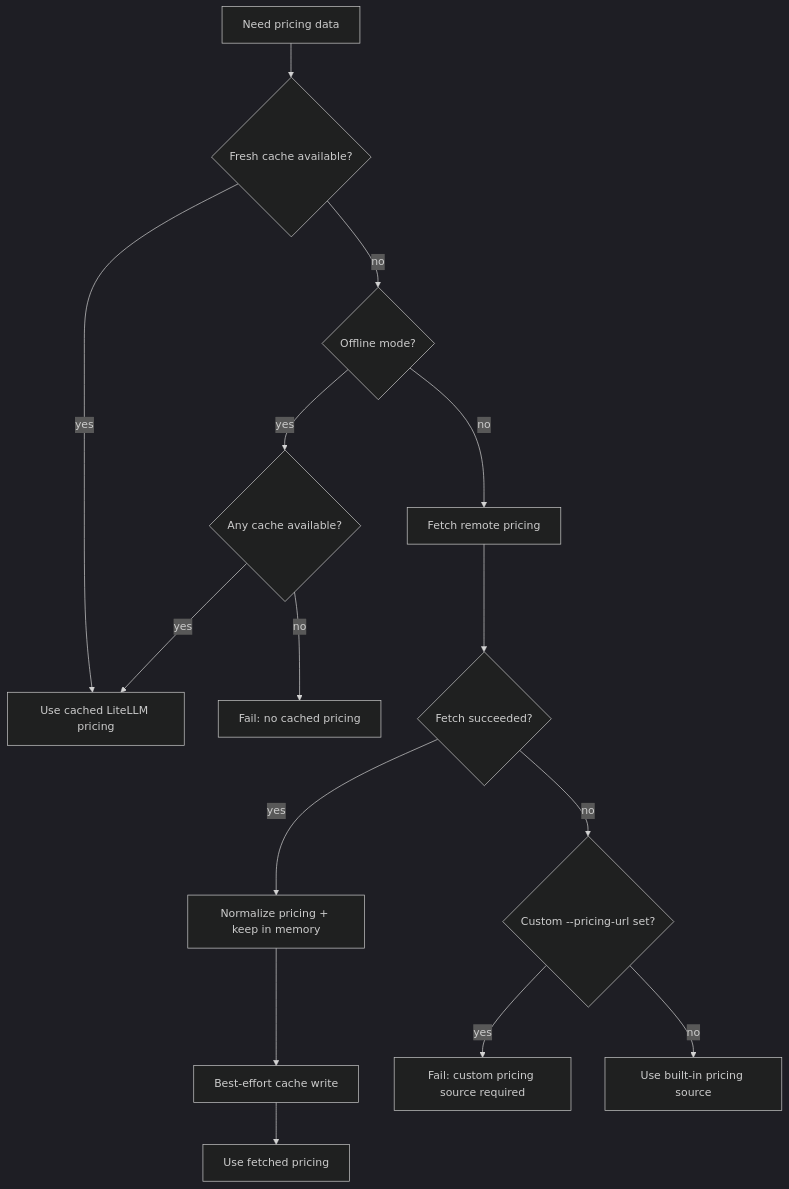
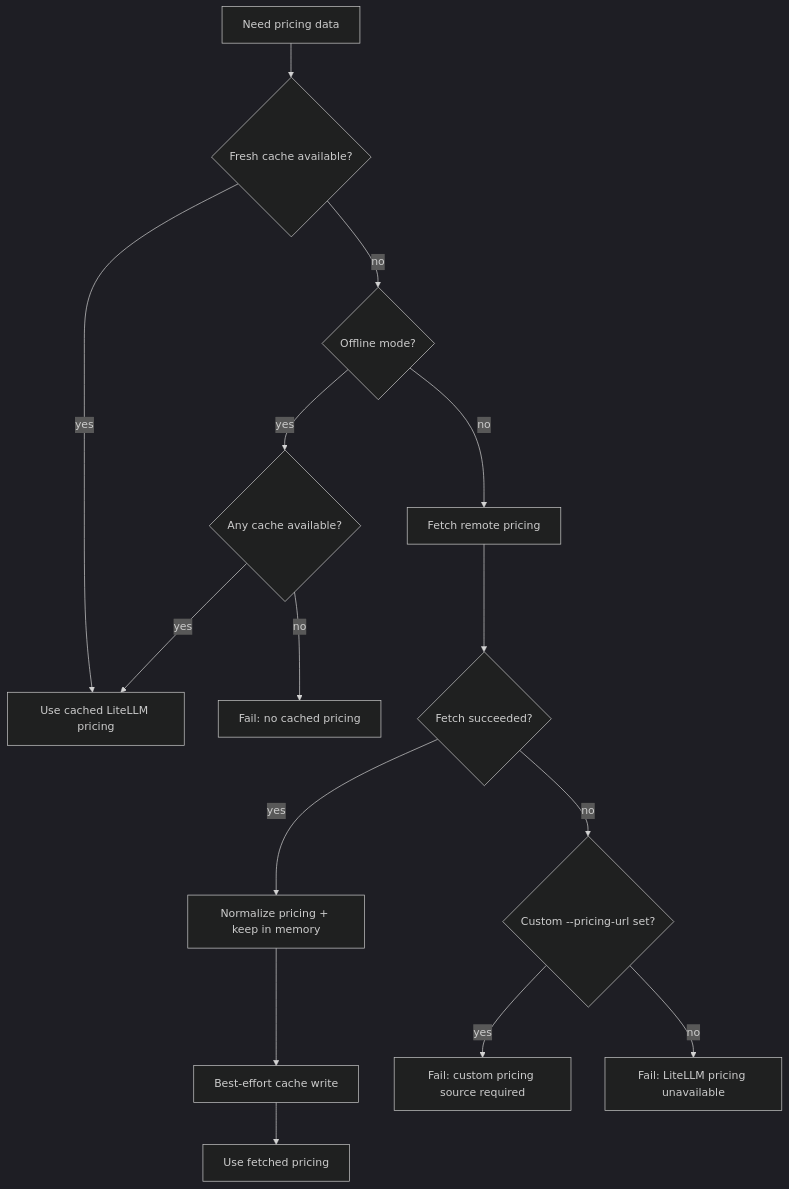
The diagram in docs/pricing-and-costs.md (ben-vargas/ai-llm-usage-metrics), drawn with Mermaid (dark theme) before and after one commit. The commit also changed other lines of this file and 28 other files, not shown here.

````diff
--- a/docs/pricing-and-costs.md
+++ b/docs/pricing-and-costs.md
@@ -14,17 +14,17 @@
 ```mermaid
 flowchart TD
     A[Need pricing data] --> B{Fresh cache available?}
     B -- yes --> C[Use cached LiteLLM pricing]
     B -- no --> D{Offline mode?}
     D -- yes --> E{Any cache available?}
     E -- yes --> C
     E -- no --> F[Fail: no cached pricing]
     D -- no --> G[Fetch remote pricing]
     G --> H{Fetch succeeded?}
     H -- yes --> I[Normalize pricing + keep in memory]
     I --> J[Best-effort cache write]
     J --> K[Use fetched pricing]
     H -- no --> L{Custom --pricing-url set?}
     L -- yes --> M[Fail: custom pricing source required]
-    L -- no --> N[Use built-in pricing source]
+    L -- no --> N[Fail: LiteLLM pricing unavailable]
 ```
````
